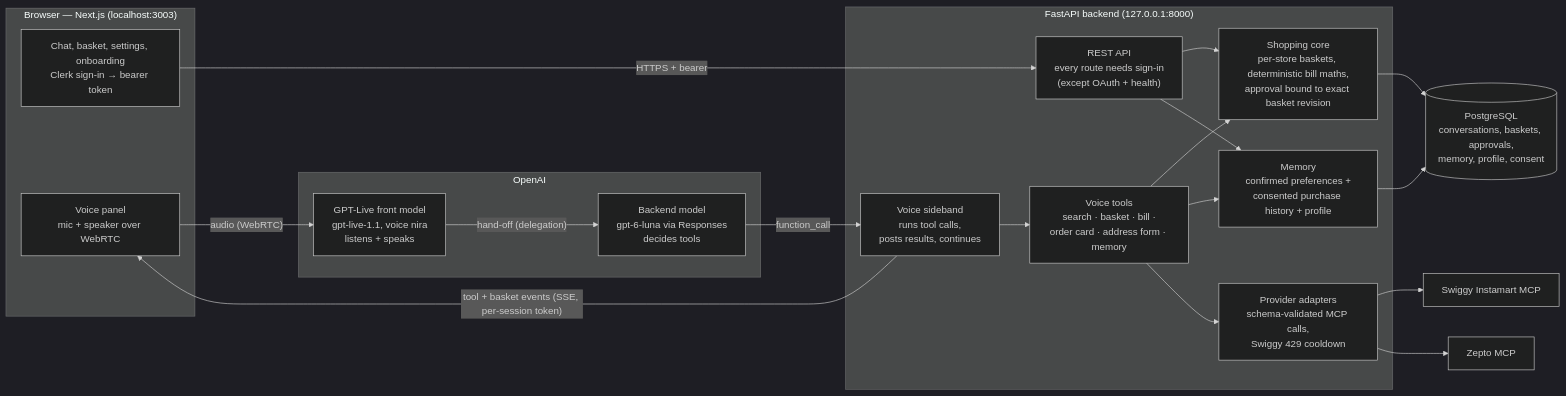
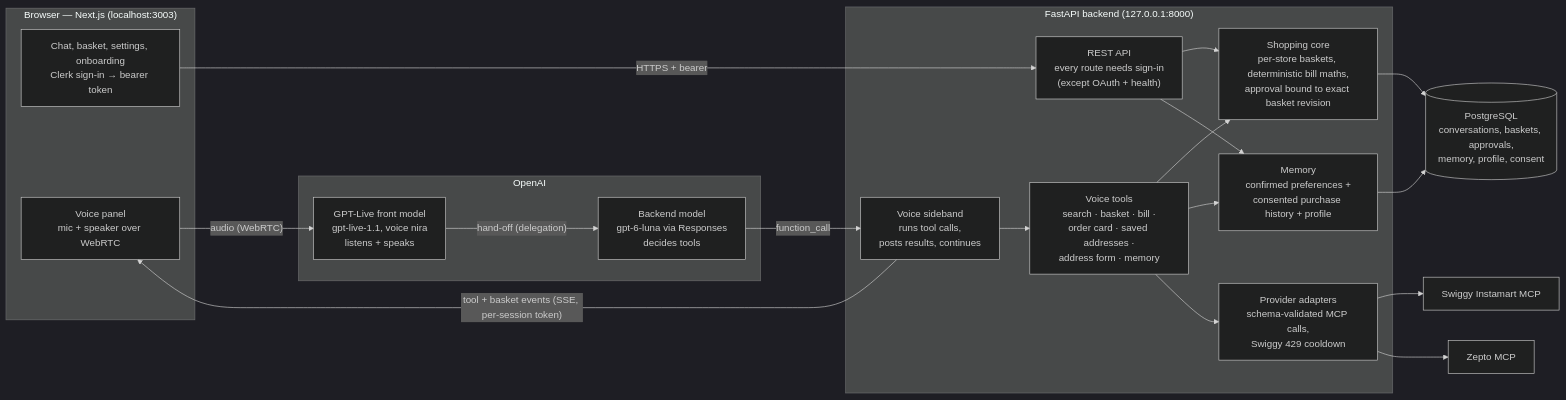
Before and after one commit to CodeWithMoin/gharsaathi: the first of 5 diagrams in docs/ARCHITECTURE.md, drawn with Mermaid (dark theme). The commit also changed other lines of this file and 41 other files, not shown here.

````diff
--- a/docs/ARCHITECTURE.md
+++ b/docs/ARCHITECTURE.md
@@ -9,41 +9,41 @@
 ```mermaid
 flowchart LR
   subgraph Browser["Browser — Next.js (localhost:3003)"]
     UI["Chat, basket, settings, onboarding<br/>Clerk sign-in → bearer token"]
     VP["Voice panel<br/>mic + speaker over WebRTC"]
   end
 
   subgraph OpenAI["OpenAI"]
     LIVE["GPT-Live front model<br/>gpt-live-1.1, voice nira<br/>listens + speaks"]
     BRAIN["Backend model<br/>gpt-6-luna via Responses<br/>decides tools"]
   end
 
   subgraph Backend["FastAPI backend (127.0.0.1:8000)"]
     API["REST API<br/>every route needs sign-in<br/>(except OAuth + health)"]
     SB["Voice sideband<br/>runs tool calls,<br/>posts results, continues"]
-    TOOLS["Voice tools<br/>search · basket · bill ·<br/>order card · address form · memory"]
+    TOOLS["Voice tools<br/>search · basket · bill ·<br/>order card · saved addresses ·<br/>address form · memory"]
     CORE["Shopping core<br/>per-store baskets, deterministic bill maths,<br/>approval bound to exact basket revision"]
     MEM["Memory<br/>confirmed preferences +<br/>consented purchase history + profile"]
     ADP["Provider adapters<br/>schema-validated MCP calls,<br/>Swiggy 429 cooldown"]
   end
 
   DB[("PostgreSQL<br/>conversations, baskets, approvals,<br/>memory, profile, consent")]
   SW["Swiggy Instamart MCP"]
   ZP["Zepto MCP"]
 
   UI -- "HTTPS + bearer" --> API
   VP -- "audio (WebRTC)" --> LIVE
   LIVE -- "hand-off (delegation)" --> BRAIN
   BRAIN -- "function_call" --> SB
   SB --> TOOLS
   TOOLS --> CORE
   TOOLS --> MEM
   TOOLS --> ADP
   API --> CORE
   API --> MEM
   CORE --> DB
   MEM --> DB
   ADP --> SW
   ADP --> ZP
   SB -- "tool + basket events (SSE, per-session token)" --> VP
 ```
````
